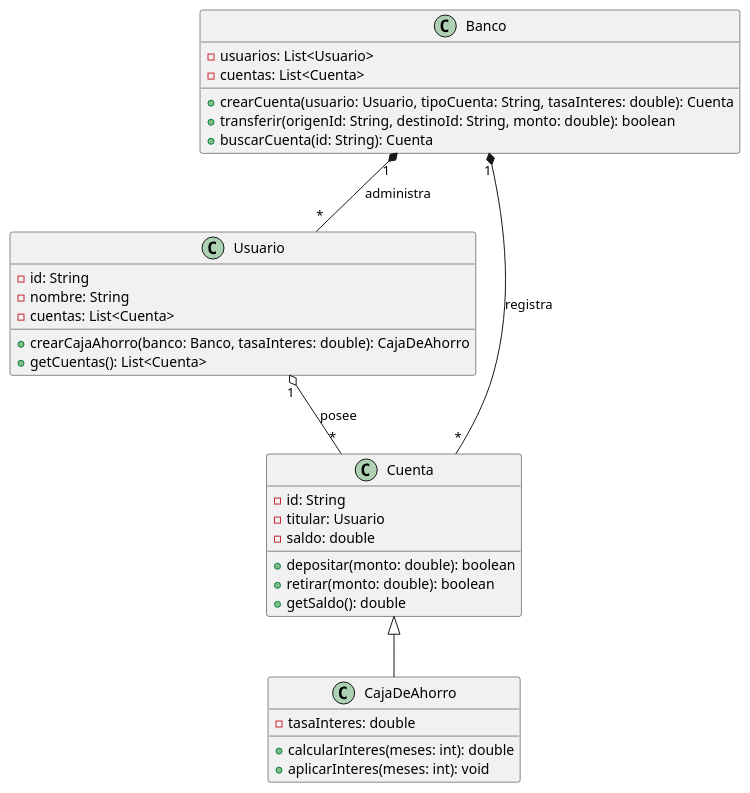
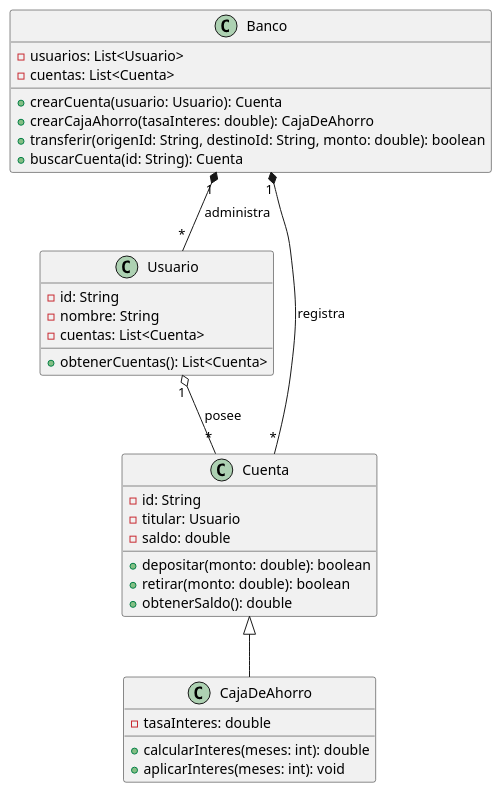
The diagram in ejercicios/guia1/banco/src/main/resources/banco.puml (PabloDiosquez/Algoritmos_III), drawn with PlantUML before and after one commit.

Commit message:
Actualizar banco.puml

```diff
--- a/ejercicios/guia1/banco/src/main/resources/banco.puml
+++ b/ejercicios/guia1/banco/src/main/resources/banco.puml
@@ -1,43 +1,43 @@
 @startuml
 
 class Banco {
     -usuarios: List<Usuario>
     -cuentas: List<Cuenta>
 
-    +crearCuenta(usuario: Usuario, tipoCuenta: String, tasaInteres: double): Cuenta
+    +crearCuenta(usuario: Usuario): Cuenta
+    +crearCajaAhorro(tasaInteres: double): CajaDeAhorro
     +transferir(origenId: String, destinoId: String, monto: double): boolean
     +buscarCuenta(id: String): Cuenta
 }
 
 class Usuario {
     -id: String
     -nombre: String
     -cuentas: List<Cuenta>
 
-    +crearCajaAhorro(banco: Banco, tasaInteres: double): CajaDeAhorro
-    +getCuentas(): List<Cuenta>
+    +obtenerCuentas(): List<Cuenta>
 }
 
 class Cuenta {
     -id: String
     -titular: Usuario
     -saldo: double
-    
+
     +depositar(monto: double): boolean
     +retirar(monto: double): boolean
-    +getSaldo(): double
+    +obtenerSaldo(): double
 }
 
 class CajaDeAhorro {
     -tasaInteres: double
 
     +calcularInteres(meses: int): double
     +aplicarInteres(meses: int): void
 }
 
 Banco "1" *-- "*" Usuario: administra
 Banco "1" *-- "*" Cuenta: registra
 Usuario "1" o-- "*" Cuenta: posee
 Cuenta <|-- CajaDeAhorro
 
 @enduml
```
